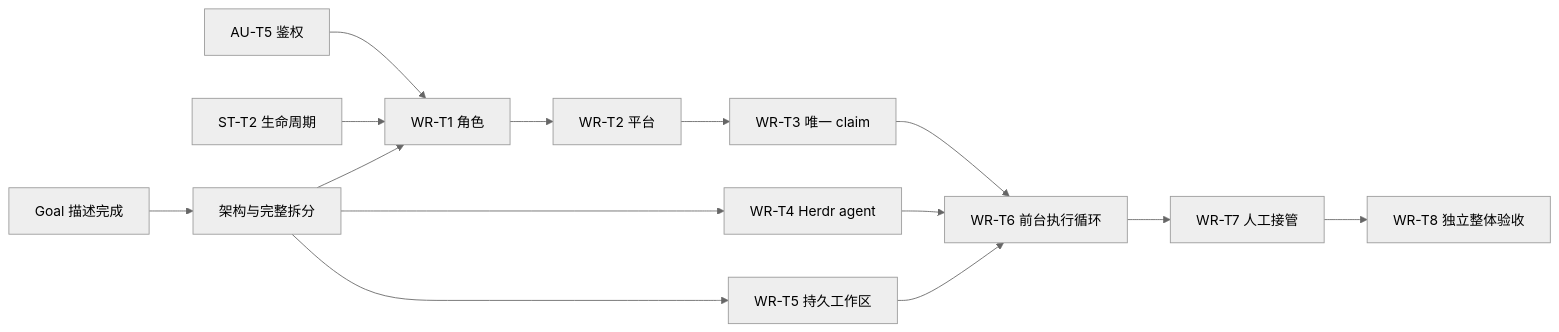
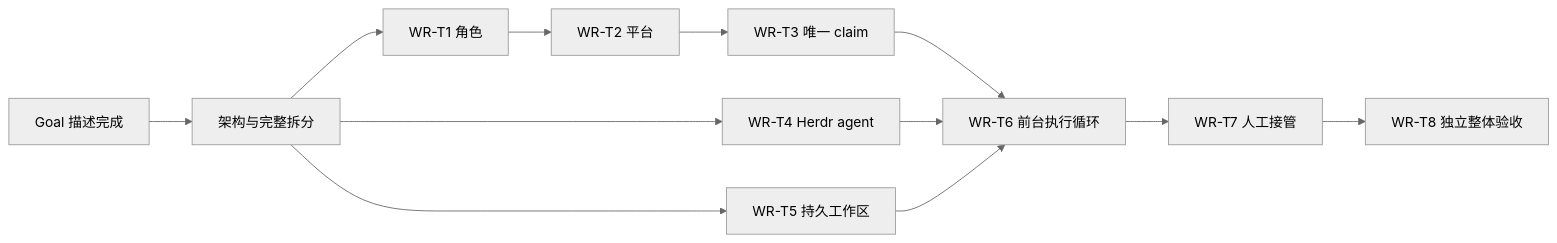
One commit to codetreker/day-night changed the diagram in docs/design/daynight-worker-tasks.md. Above: the diagram before and after it, drawn with Mermaid (neutral theme). The commit also changed other lines of this file, not shown here.

Commit message:
docs: align worker task graph with current dependencies
Keep the registered task graph accurate after completed authentication and lifecycle prerequisites were removed from the role task dependency set.

````diff
--- a/docs/design/daynight-worker-tasks.md
+++ b/docs/design/daynight-worker-tasks.md
@@ -24,16 +24,14 @@
 ```mermaid
 flowchart LR
   G[Goal 描述完成] --> D[架构与完整拆分]
-  A[AU-T5 鉴权] --> T1[WR-T1 角色]
-  S[ST-T2 生命周期] --> T1
-  D --> T1
+  D --> T1[WR-T1 角色]
   T1 --> T2[WR-T2 平台]
   T2 --> T3[WR-T3 唯一 claim]
   D --> T4[WR-T4 Herdr agent]
   D --> T5[WR-T5 持久工作区]
   T3 --> T6[WR-T6 前台执行循环]
   T4 --> T6
   T5 --> T6
   T6 --> T7[WR-T7 人工接管]
   T7 --> T8[WR-T8 独立整体验收]
 ```
````
